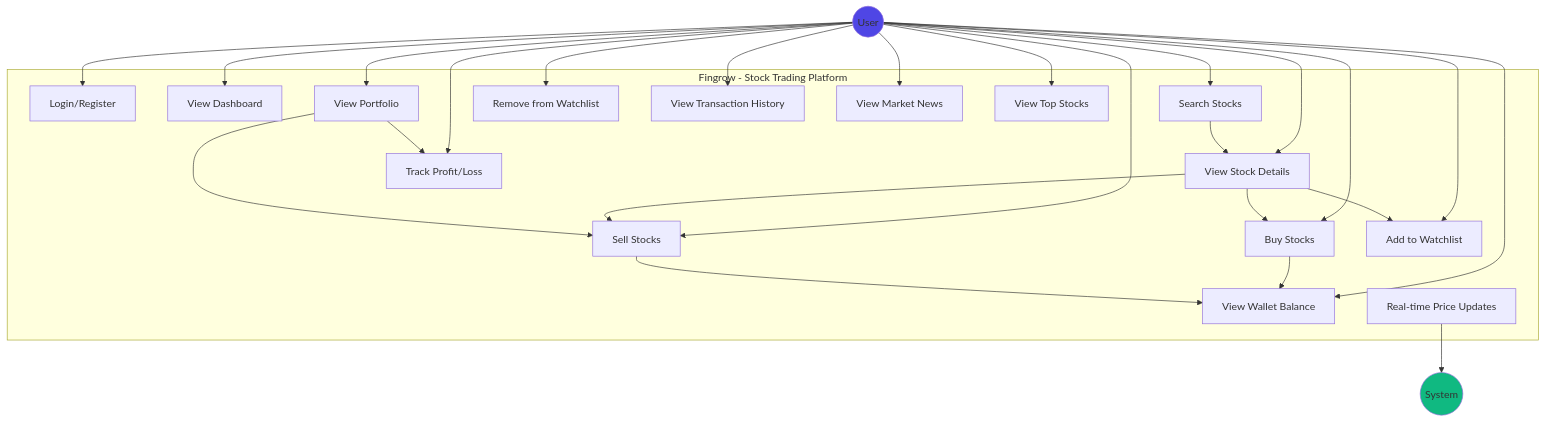
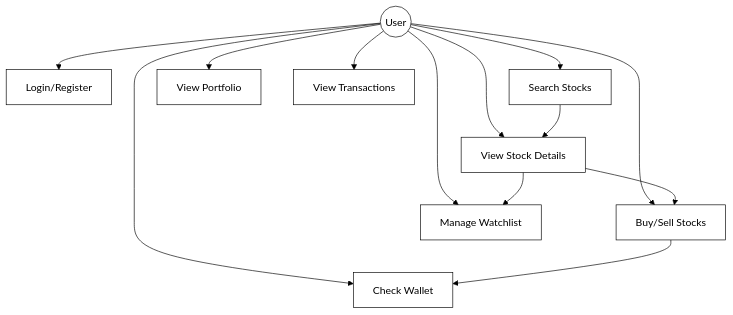
The diagram in docs/use-case-diagram.md (shubhamsp012/wallet-stock-quest), drawn with Mermaid before and after one commit. The commit also changed 4 other files, not shown here.

Commit message:
Update diagrams for clarity

````diff
--- a/docs/use-case-diagram.md
+++ b/docs/use-case-diagram.md
@@ -5,51 +5,28 @@
 ```mermaid
+%%{init: {'theme':'base', 'themeVariables': {'primaryColor':'#fff','primaryTextColor':'#000','primaryBorderColor':'#000','lineColor':'#000','secondaryColor':'#fff','tertiaryColor':'#fff','background':'#fff','fontSize':'16px'}}}%%
 graph TB
-    subgraph "Fingrow - Stock Trading Platform"
-        UC1[Login/Register]
-        UC2[View Dashboard]
-        UC3[Search Stocks]
-        UC4[View Stock Details]
-        UC5[Buy Stocks]
-        UC6[Sell Stocks]
-        UC7[View Portfolio]
-        UC8[Add to Watchlist]
-        UC9[Remove from Watchlist]
-        UC10[View Wallet Balance]
-        UC11[View Transaction History]
-        UC12[View Market News]
-        UC13[View Top Stocks]
-        UC14[Track Profit/Loss]
-        UC15[Real-time Price Updates]
-    end
+    User((User))
     
-    User((User))
-    System((System))
+    UC1[Login/Register]
+    UC2[Search Stocks]
+    UC3[View Stock Details]
+    UC4[Buy/Sell Stocks]
+    UC5[View Portfolio]
+    UC6[Manage Watchlist]
+    UC7[View Transactions]
+    UC8[Check Wallet]
     
     User --> UC1
     User --> UC2
     User --> UC3
     User --> UC4
     User --> UC5
     User --> UC6
     User --> UC7
     User --> UC8
-    User --> UC9
-    User --> UC10
-    User --> UC11
-    User --> UC12
-    User --> UC13
-    User --> UC14
     
-    UC15 --> System
-    UC5 --> UC10
-    UC6 --> UC10
+    UC2 --> UC3
     UC3 --> UC4
-    UC4 --> UC5
-    UC4 --> UC6
+    UC3 --> UC6
     UC4 --> UC8
-    UC7 --> UC6
-    UC7 --> UC14
-    
-    style User fill:#4f46e5
-    style System fill:#10b981
 ```
````
